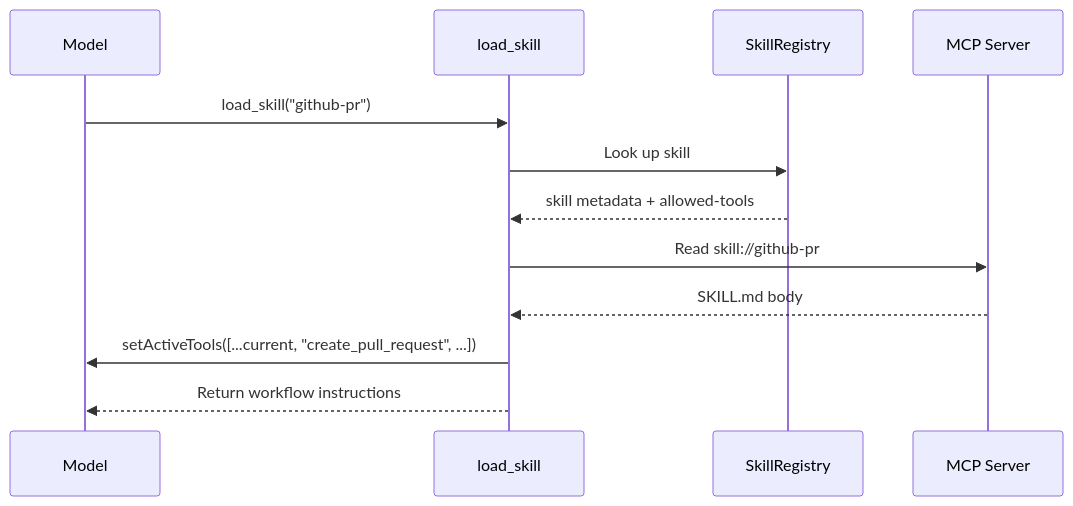
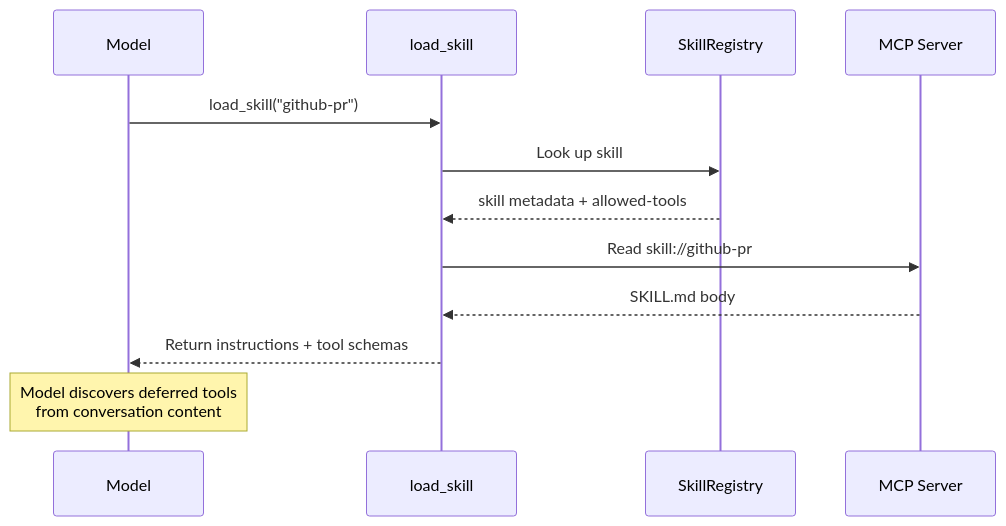
One commit to SamMorrowDrums/mcpi-ext changed the first of 3 diagrams in README.md. Above: the diagram before and after it, drawn with Mermaid. The commit also changed other lines of this file and 8 other files, not shown here.

First line of the commit message:
feat(skills): use deferred flag for cache-safe progressive tool disclosure

````diff
--- a/README.md
+++ b/README.md
@@ -39,15 +42,15 @@
 ```mermaid
 sequenceDiagram
     participant Model
     participant load_skill
     participant SkillRegistry
     participant MCP Server
 
     Model->>load_skill: load_skill("github-pr")
     load_skill->>SkillRegistry: Look up skill
     SkillRegistry-->>load_skill: skill metadata + allowed-tools
     load_skill->>MCP Server: Read skill://github-pr
     MCP Server-->>load_skill: SKILL.md body
-    load_skill->>Model: setActiveTools([...current, "create_pull_request", ...])
-    load_skill-->>Model: Return workflow instructions
+    load_skill-->>Model: Return instructions + tool schemas
+    Note over Model: Model discovers deferred tools<br/>from conversation content
 ```
````
